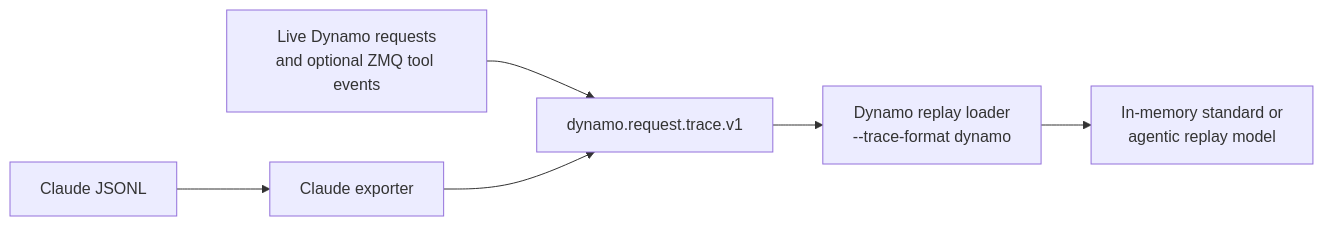
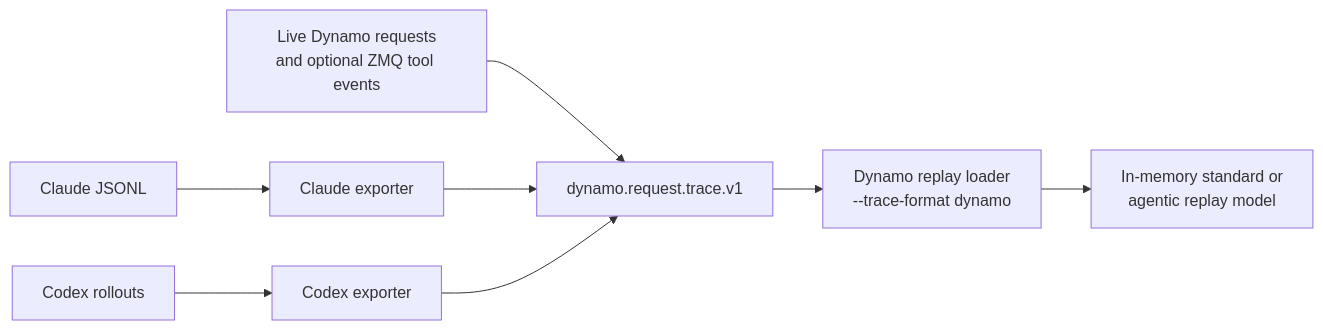
The diagram in lib/bench/coding/README.md (michaelfeil/dynamo), drawn with Mermaid before and after one commit. The commit also changed other lines of this file and 20 other files, not shown here.

````diff
--- a/lib/bench/coding/README.md
+++ b/lib/bench/coding/README.md
@@ -107,8 +168,10 @@
 ```mermaid
 flowchart LR
     A["Claude JSONL"] --> B["Claude exporter"]
+    G["Codex rollouts"] --> H["Codex exporter"]
     D["Live Dynamo requests<br/>and optional ZMQ tool events"] --> C["dynamo.request.trace.v1"]
     B --> C
+    H --> C
     C --> E["Dynamo replay loader<br/>--trace-format dynamo"]
     E --> F["In-memory standard or<br/>agentic replay model"]
 ```
````
